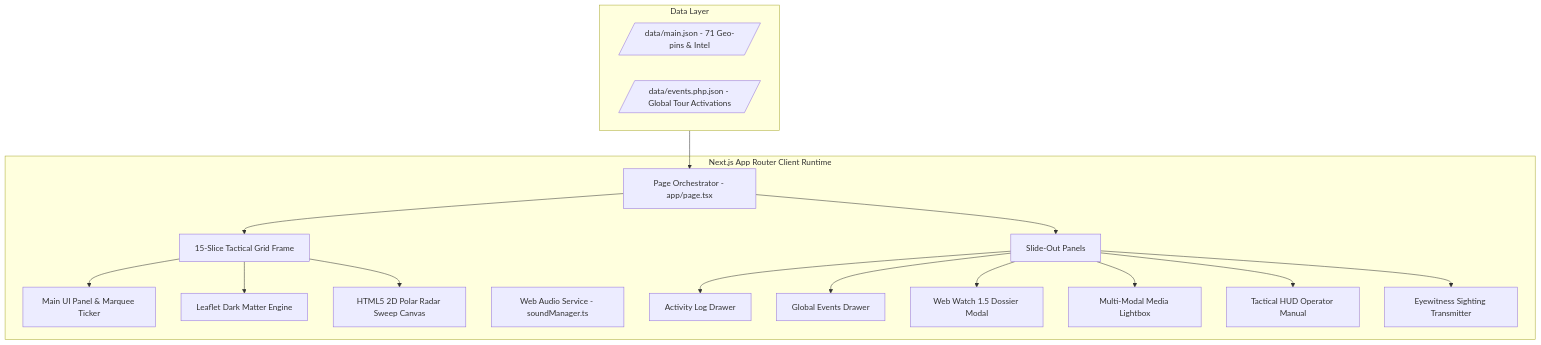
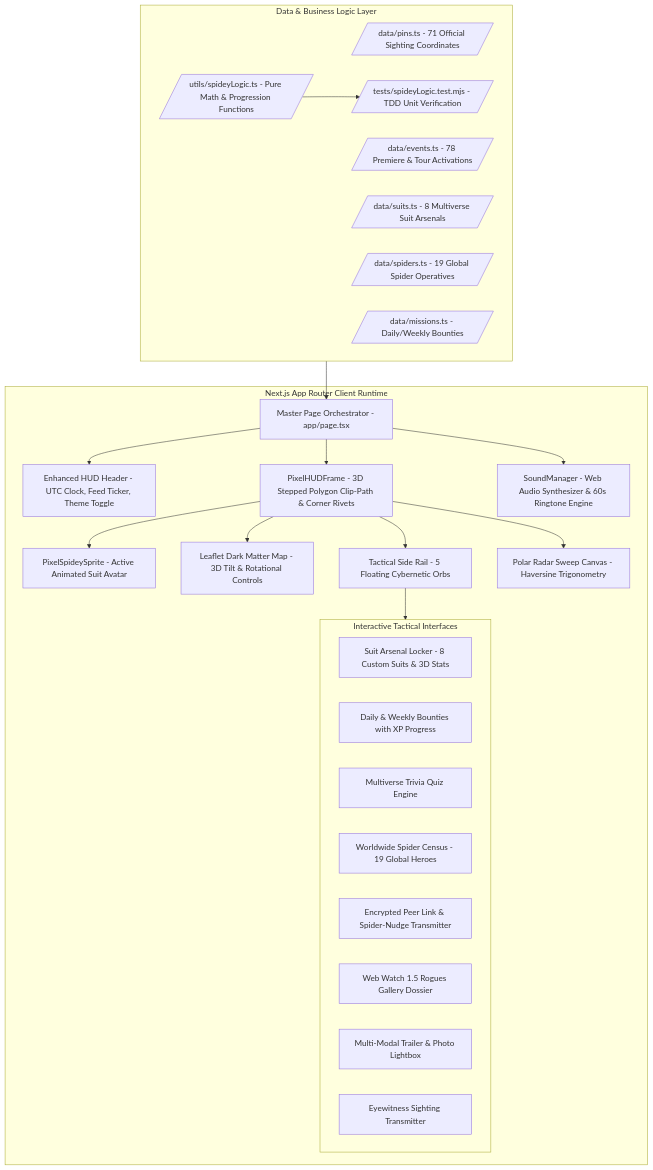
One commit to abdulaaly/spidey-tracker changed the diagram in README.md. Above: the diagram before and after it, drawn with Mermaid. The commit also changed other lines of this file and 4 other files, not shown here.

Commit message:
feat: add TDD unit test suite, progression math, spidey types and comprehensive README

````diff
--- a/README.md
+++ b/README.md
@@ -24,30 +42,45 @@
 ```mermaid
 flowchart TD
     subgraph Client [Next.js App Router Client Runtime]
-        App[Page Orchestrator - app/page.tsx]
-        Frame[15-Slice Tactical Grid Frame]
-        TopHUD[Main UI Panel & Marquee Ticker]
-        Map[Leaflet Dark Matter Engine]
-        Radar[HTML5 2D Polar Radar Sweep Canvas]
-        Audio[Web Audio Service - soundManager.ts]
-        Drawers[Slide-Out Panels]
-        Drawers --> Log[Activity Log Drawer]
-        Drawers --> Events[Global Events Drawer]
-        Drawers --> WebWatch[Web Watch 1.5 Dossier Modal]
-        Drawers --> Lightbox[Multi-Modal Media Lightbox]
-        Drawers --> Help[Tactical HUD Operator Manual]
-        Drawers --> Report[Eyewitness Sighting Transmitter]
+        Page[Master Page Orchestrator - app/page.tsx]
+        HUD[Enhanced HUD Header - UTC Clock, Feed Ticker, Theme Toggle]
+        Frame[PixelHUDFrame - 3D Stepped Polygon Clip-Path & Corner Rivets]
+        Sprite[PixelSpideySprite - Active Animated Suit Avatar]
+        Map[Leaflet Dark Matter Map - 3D Tilt & Rotational Controls]
+        SideRail[Tactical Side Rail - 5 Floating Cybernetic Orbs]
+        Radar[Polar Radar Sweep Canvas - Haversine Trigonometry]
+        Audio[SoundManager - Web Audio Synthesizer & 60s Ringtone Engine]
+
+        subgraph Modals [Interactive Tactical Interfaces]
+            SuitModal[Suit Arsenal Locker - 8 Custom Suits & 3D Stats]
+            MissionsModal[Daily & Weekly Bounties with XP Progress]
+            QuizModal[Multiverse Trivia Quiz Engine]
+            CensusModal[Worldwide Spider Census - 19 Global Heroes]
+            PartnerModal[Encrypted Peer Link & Spider-Nudge Transmitter]
+            RoguesModal[Web Watch 1.5 Rogues Gallery Dossier]
+            LightboxModal[Multi-Modal Trailer & Photo Lightbox]
+            ReportModal[Eyewitness Sighting Transmitter]
+        end
     end
 
-    subgraph Data [Data Layer]
-        MainJSON[/data/main.json - 71 Geo-pins & Intel/]
-        EventsJSON[/data/events.php.json - Global Tour Activations/]
+    subgraph Data [Data & Business Logic Layer]
+        PinsData[/data/pins.ts - 71 Official Sighting Coordinates/]
+        EventsData[/data/events.ts - 78 Premiere & Tour Activations/]
+        SuitsData[/data/suits.ts - 8 Multiverse Suit Arsenals/]
+        SpidersData[/data/spiders.ts - 19 Global Spider Operatives/]
+        MissionsData[/data/missions.ts - Daily/Weekly Bounties/]
+        SpideyLogic[/utils/spideyLogic.ts - Pure Math & Progression Functions/]
+        TestSuite[/tests/spideyLogic.test.mjs - TDD Unit Verification/]
     end
 
-    Data --> App
-    App --> Frame
+    Data --> Page
+    SpideyLogic --> TestSuite
+    Page --> HUD
+    Page --> Frame
     Frame --> Map
-    Frame --> TopHUD
+    Frame --> SideRail
+    Frame --> Sprite
     Frame --> Radar
-    App --> Drawers
+    SideRail --> Modals
+    Page --> Audio
 ```
````
